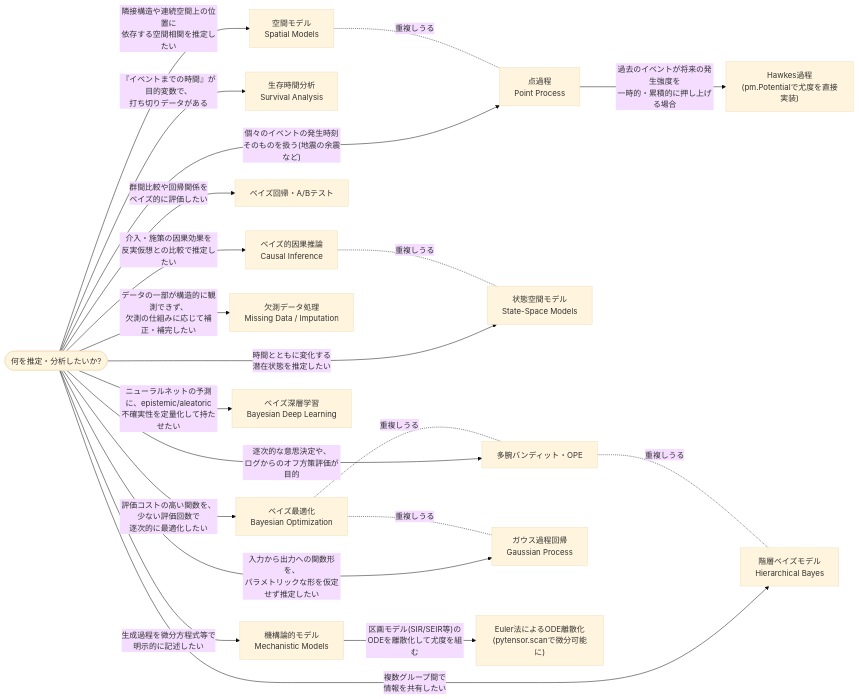
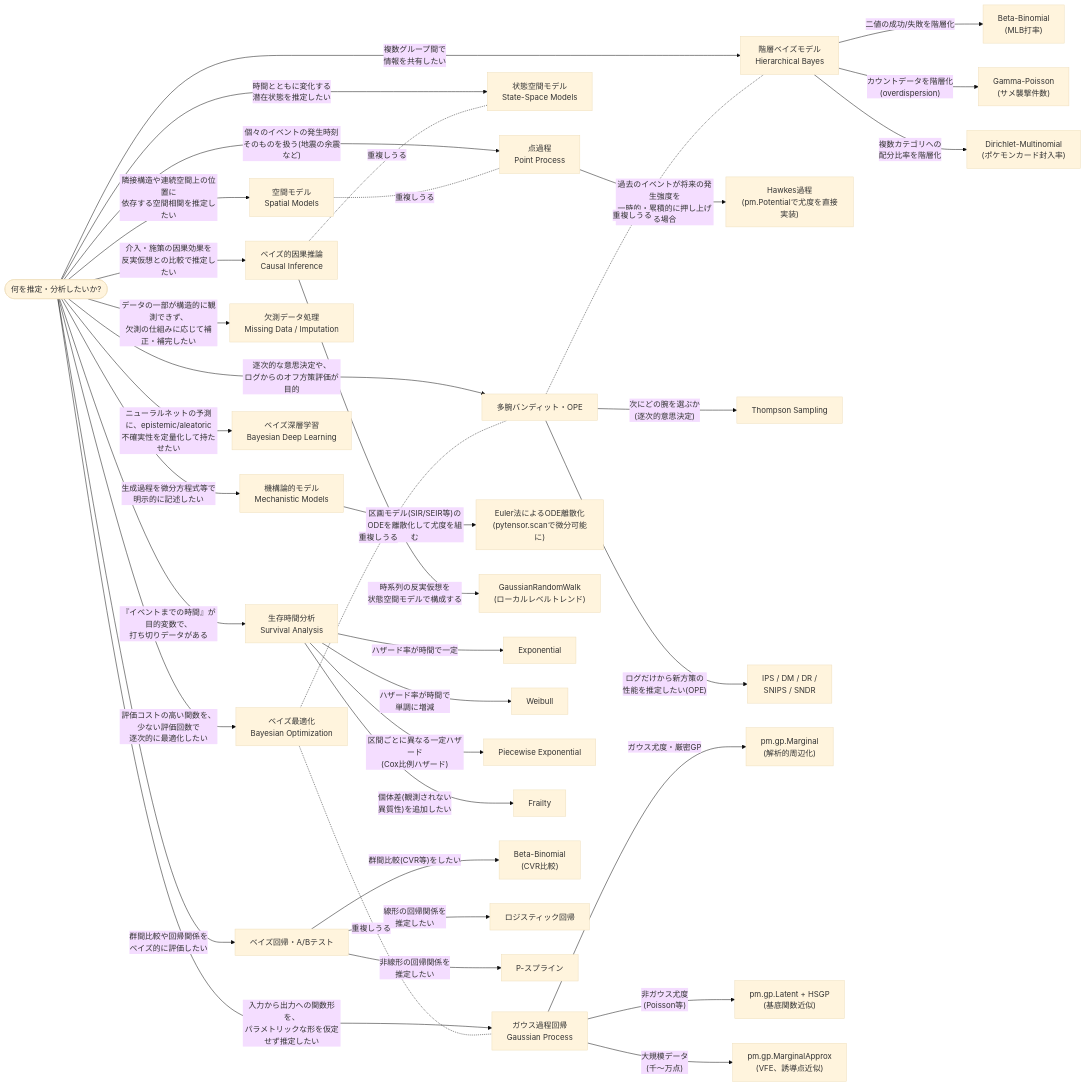
Before and after one commit to karahashimanato/bayesian-analysis-index: the diagram in analysis-types.md, drawn with Mermaid (base theme). The commit also changed other lines of this file, not shown here.

Commit message:
Expand analysis-types flowchart with per-category technique branches
専用のtools/内訳ページを持たない6カテゴリ(ベイズ的因果推論・階層ベイズ
モデル・生存時間分析・多腕バンディット/OPE・ベイズ回帰/A-Bテスト・
ガウス過程回帰)に、代表的な実装技法への分岐を追加。状態空間モデル等
既に専用ページを持つカテゴリは対象外(詳細はそちらに譲る)。

````diff
--- a/analysis-types.md
+++ b/analysis-types.md
@@ -9,27 +9,48 @@
 ```mermaid
 flowchart LR
     Start(["何を推定・分析したいか?"])
 
     Start -->|"介入・施策の因果効果を<br/>反実仮想との比較で推定したい"| CI["ベイズ的因果推論<br/>Causal Inference"]
     Start -->|"個々のイベントの発生時刻<br/>そのものを扱う(地震の余震など)"| PP["点過程<br/>Point Process"]
     Start -->|"『イベントまでの時間』が目的変数で、<br/>打ち切りデータがある"| SA["生存時間分析<br/>Survival Analysis"]
     Start -->|"生成過程を微分方程式等で<br/>明示的に記述したい"| MM["機構論的モデル<br/>Mechanistic Models"]
     Start -->|"時間とともに変化する<br/>潜在状態を推定したい"| SSM["状態空間モデル<br/>State-Space Models"]
     Start -->|"逐次的な意思決定や、<br/>ログからのオフ方策評価が目的"| MAB["多腕バンディット・OPE"]
     Start -->|"複数グループ間で<br/>情報を共有したい"| HB["階層ベイズモデル<br/>Hierarchical Bayes"]
     Start -->|"群間比較や回帰関係を<br/>ベイズ的に評価したい"| RB["ベイズ回帰・A/Bテスト"]
     Start -->|"入力から出力への関数形を、<br/>パラメトリックな形を仮定せず推定したい"| GP["ガウス過程回帰<br/>Gaussian Process"]
     Start -->|"隣接構造や連続空間上の位置に<br/>依存する空間相関を推定したい"| SP["空間モデル<br/>Spatial Models"]
     Start -->|"データの一部が構造的に観測できず、<br/>欠測の仕組みに応じて補正・補完したい"| MD["欠測データ処理<br/>Missing Data / Imputation"]
     Start -->|"評価コストの高い関数を、少ない評価回数で<br/>逐次的に最適化したい"| BO["ベイズ最適化<br/>Bayesian Optimization"]
     Start -->|"ニューラルネットの予測に、epistemic/aleatoric<br/>不確実性を定量化して持たせたい"| BDL["ベイズ深層学習<br/>Bayesian Deep Learning"]
 
     PP -->|"過去のイベントが将来の発生強度を<br/>一時的・累積的に押し上げる場合"| Hawkes["Hawkes過程<br/>(pm.Potentialで尤度を直接実装)"]
     MM -->|"区画モデル(SIR/SEIR等)の<br/>ODEを離散化して尤度を組む"| Euler["Euler法によるODE離散化<br/>(pytensor.scanで微分可能に)"]
+    CI -->|"時系列の反実仮想を<br/>状態空間モデルで構成する"| CausalGRW["GaussianRandomWalk<br/>(ローカルレベルトレンド)"]
+
+    HB -->|"二値の成功/失敗を階層化"| HB_BetaBin["Beta-Binomial<br/>(MLB打率)"]
+    HB -->|"カウントデータを階層化<br/>(overdispersion)"| HB_GammaPois["Gamma-Poisson<br/>(サメ襲撃件数)"]
+    HB -->|"複数カテゴリへの<br/>配分比率を階層化"| HB_DirMulti["Dirichlet-Multinomial<br/>(ポケモンカード封入率)"]
+
+    SA -->|"ハザード率が時間で一定"| SA_Exp["Exponential"]
+    SA -->|"ハザード率が時間で<br/>単調に増減"| SA_Weibull["Weibull"]
+    SA -->|"区間ごとに異なる一定ハザード<br/>(Cox比例ハザード)"| SA_PiecewiseExp["Piecewise Exponential"]
+    SA -->|"個体差(観測されない<br/>異質性)を追加したい"| SA_Frailty["Frailty"]
+
+    MAB -->|"次にどの腕を選ぶか<br/>(逐次的意思決定)"| MAB_TS["Thompson Sampling"]
+    MAB -->|"ログだけから新方策の<br/>性能を推定したい(OPE)"| MAB_OPE["IPS / DM / DR /<br/>SNIPS / SNDR"]
+
+    RB -->|"群間比較(CVR等)をしたい"| RB_BetaBin["Beta-Binomial<br/>(CVR比較)"]
+    RB -->|"線形の回帰関係を<br/>推定したい"| RB_Logistic["ロジスティック回帰"]
+    RB -->|"非線形の回帰関係を<br/>推定したい"| RB_Spline["P-スプライン"]
+
+    GP -->|"ガウス尤度・厳密GP"| GP_Marginal["pm.gp.Marginal<br/>(解析的周辺化)"]
+    GP -->|"非ガウス尤度<br/>(Poisson等)"| GP_HSGP["pm.gp.Latent + HSGP<br/>(基底関数近似)"]
+    GP -->|"大規模データ<br/>(千〜万点)"| GP_VFE["pm.gp.MarginalApprox<br/>(VFE、誘導点近似)"]
 
     CI -.重複しうる.- SSM
     MAB -.重複しうる.- HB
     SP -.重複しうる.- PP
     BO -.重複しうる.- GP
     BO -.重複しうる.- MAB
 ```
````
